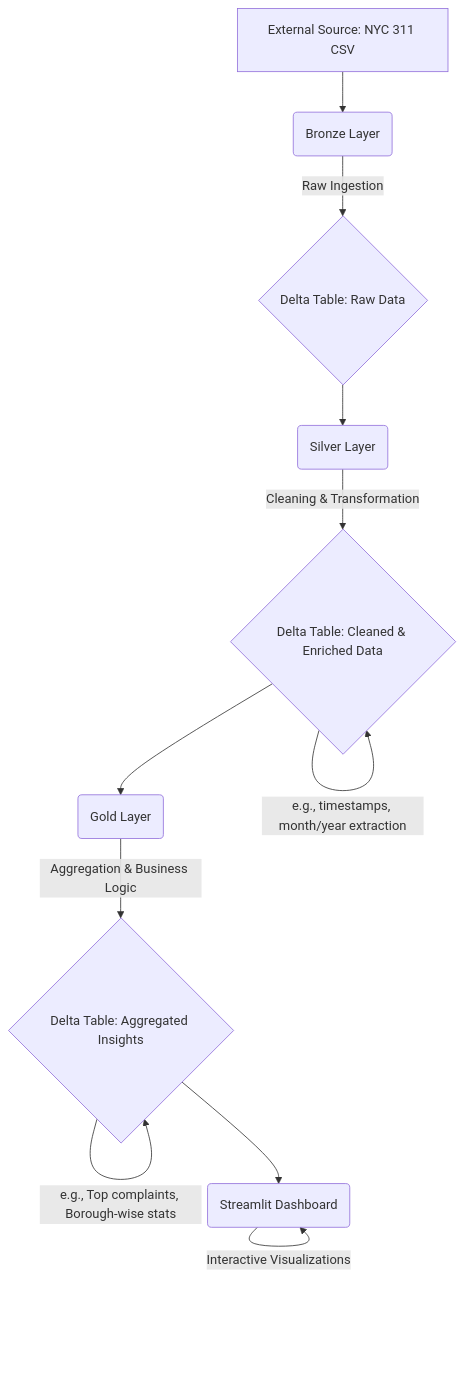
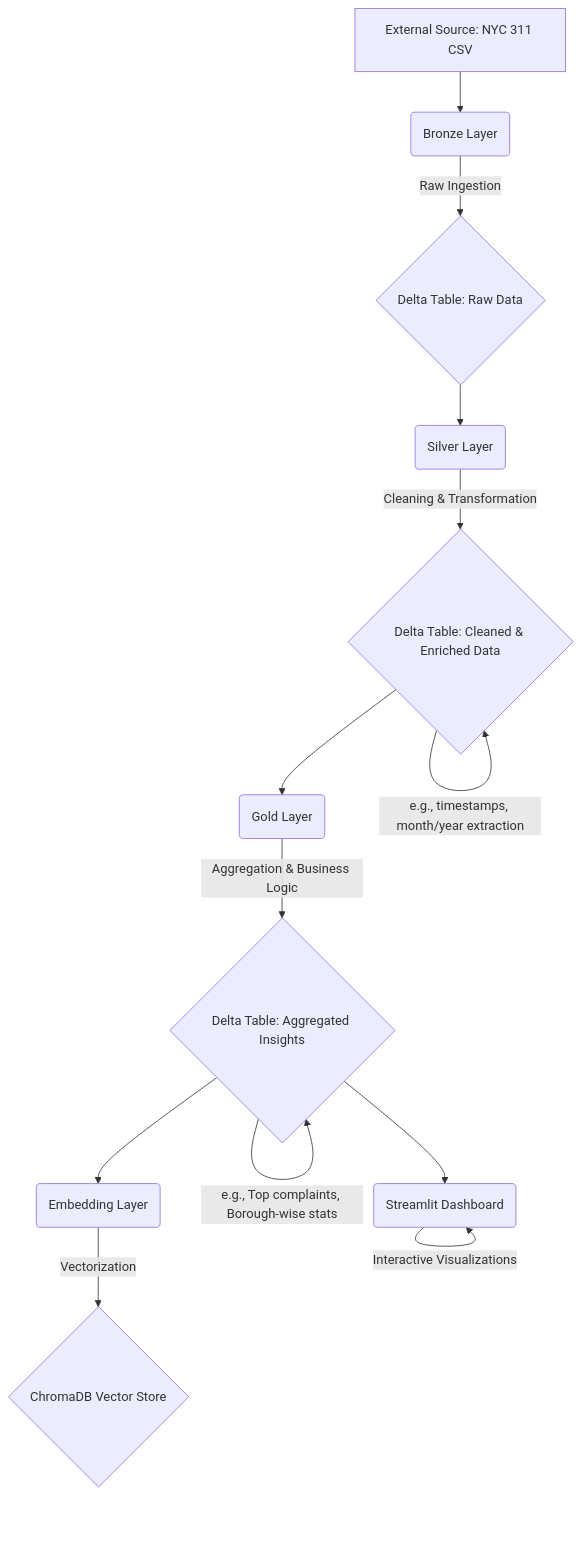
One commit to learningfun-dev/nyc311-delta-spark changed the diagram in README.md. Above: the diagram before and after it, drawn with Mermaid. The commit also changed other lines of this file and 14 other files, not shown here.

Commit message:
integrate embedding layer

````diff
--- a/README.md
+++ b/README.md
@@ -49,13 +51,15 @@
 ```mermaid
 graph TD
     A[External Source: NYC 311 CSV] --> B(Bronze Layer);
     B -- Raw Ingestion --> C{Delta Table: Raw Data};
     C --> D(Silver Layer);
     D -- Cleaning & Transformation --> E{Delta Table: Cleaned & Enriched Data};
     E -- e.g., timestamps, month/year extraction --> E;
     E --> F(Gold Layer);
     F -- Aggregation & Business Logic --> G{Delta Table: Aggregated Insights};
     G -- e.g., Top complaints, Borough-wise stats --> G;
-    G --> H(Streamlit Dashboard);
-    H -- Interactive Visualizations --> H;
+    G --> H(Embedding Layer);
+    H -- Vectorization --> I{ChromaDB Vector Store};
+    G --> J(Streamlit Dashboard);
+    J -- Interactive Visualizations --> J;
 ```
````
